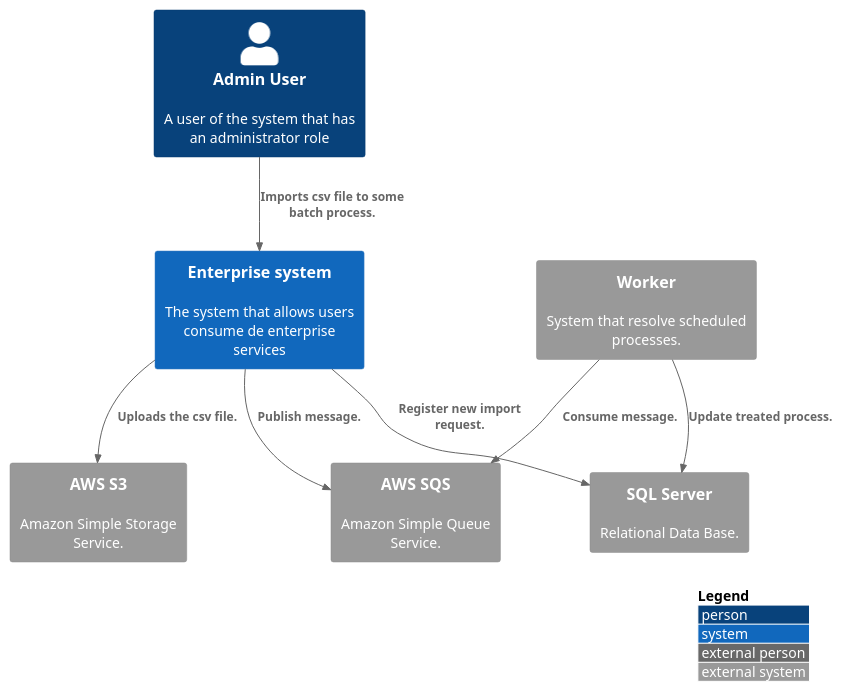
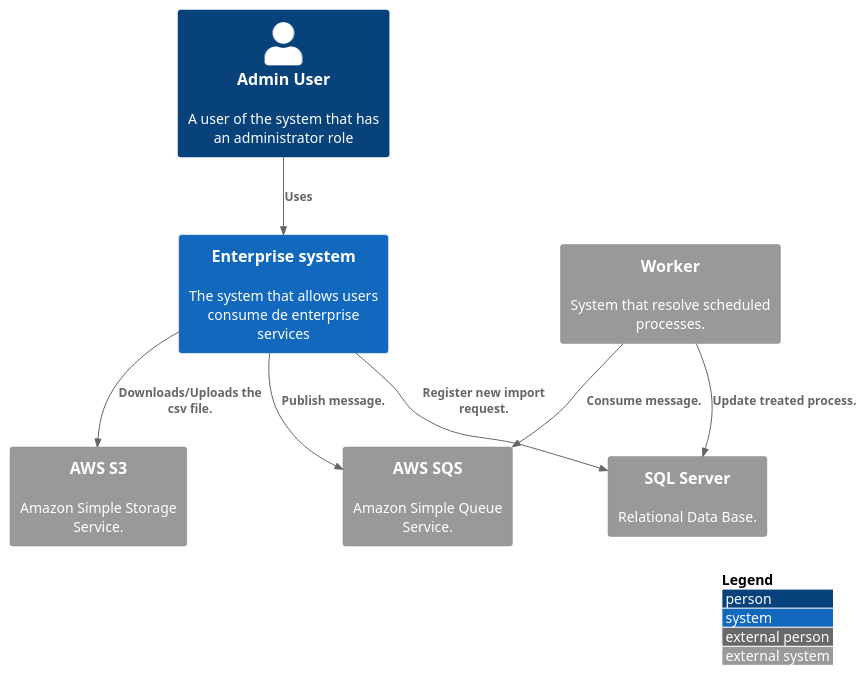
Before and after one commit to caiohscruz/c4builder-poc: the diagram in src/context.puml, drawn with PlantUML. The commit also changed 41 other files, not shown here.

```diff
--- a/src/context.puml
+++ b/src/context.puml
@@ -1,20 +1,20 @@
 @startuml
 !include https://raw.githubusercontent.com/adrianvlupu/C4-PlantUML/latest/C4_Context.puml
 
 LAYOUT_WITH_LEGEND()
 
 Person(admin, "Admin User", "A user of the system that has an administrator role")
 System(es, "Enterprise system", "The system that allows users consume de enterprise services")
 System_Ext(s3, "AWS S3", "Amazon Simple Storage Service.")
 System_Ext(db, "SQL Server", "Relational Data Base.")
 System_Ext(sqs, "AWS SQS", "Amazon Simple Queue Service.")
 System_Ext(wkr, "Worker", "System that resolve scheduled processes.")
 
-Rel(admin, es, "Imports csv file to some batch process.")
-Rel(es, s3, "Uploads the csv file.")
+Rel(admin, es, "Uses")
+Rel(es, s3, "Downloads/Uploads the csv file.")
 Rel(es, db, "Register new import request.")
 Rel(es, sqs, "Publish message.")
 Rel(wkr, sqs, "Consume message.")
 Rel(wkr, db, "Update treated process.")
 
 @enduml
```
